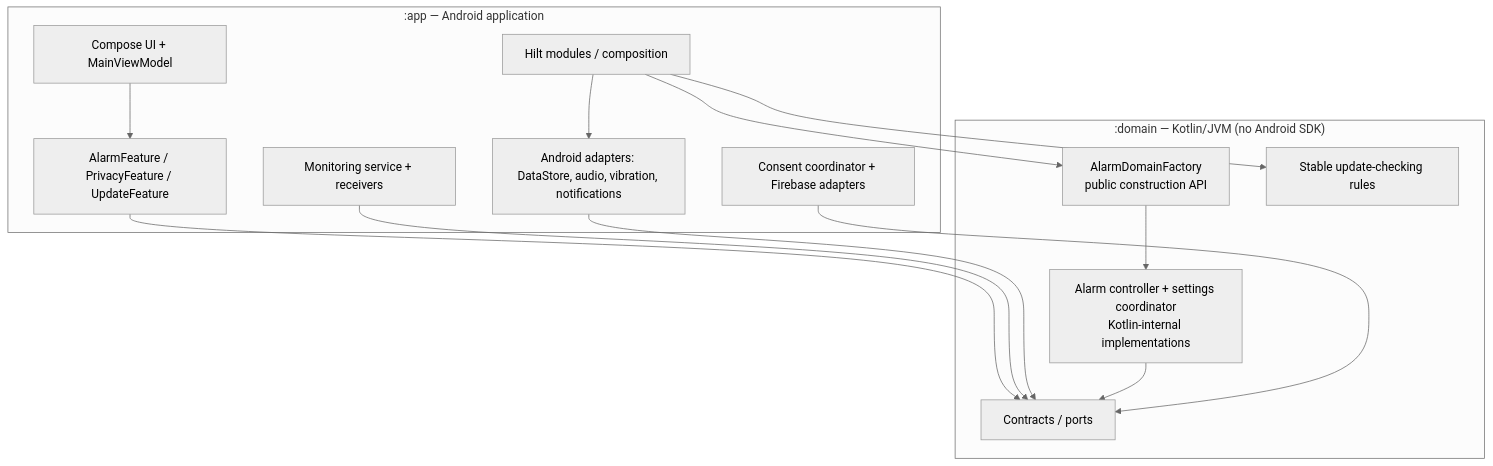
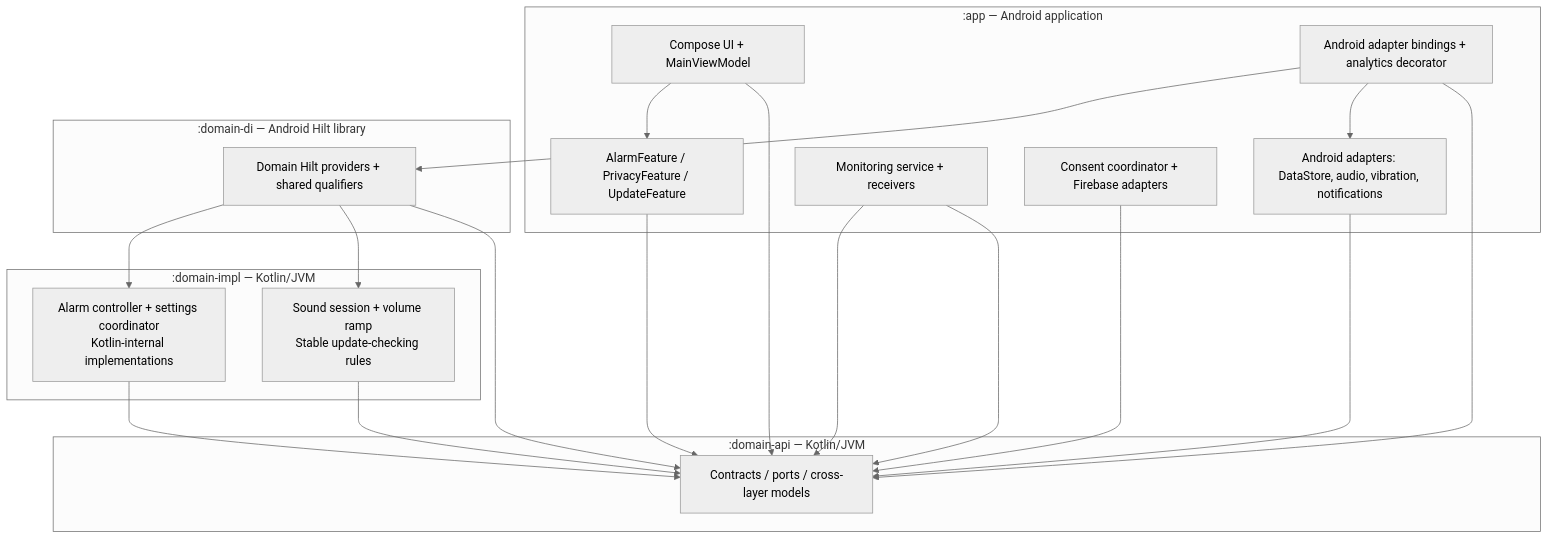
Before and after one commit to Kravet/BatteryAlarm: the diagram in README.md, drawn with Mermaid (neutral theme). The commit also changed other lines of this file and 67 other files, not shown here.

Commit message:
refactor(architecture): split domain api and hilt wiring

````diff
--- a/README.md
+++ b/README.md
@@ -28,27 +28,36 @@
 ```mermaid
 flowchart TB
     subgraph App[" :app — Android application"]
       UI["Compose UI + MainViewModel"]
       Features["AlarmFeature / PrivacyFeature / UpdateFeature"]
-      DI["Hilt modules / composition"]
+      AppDI["Android adapter bindings + analytics decorator"]
       Adapters["Android adapters: DataStore, audio, vibration, notifications"]
       Runtime["Monitoring service + receivers"]
       Privacy["Consent coordinator + Firebase adapters"]
     end
-    subgraph Domain[" :domain — Kotlin/JVM (no Android SDK)"]
-      Contracts["Contracts / ports"]
-      Factory["AlarmDomainFactory<br/>public construction API"]
+    subgraph API[" :domain-api — Kotlin/JVM"]
+      Contracts["Contracts / ports / cross-layer models"]
+    end
+    subgraph Impl[" :domain-impl — Kotlin/JVM"]
       Logic["Alarm controller + settings coordinator<br/>Kotlin-internal implementations"]
-      Update["Stable update-checking rules"]
+      Update["Sound session + volume ramp<br/>Stable update-checking rules"]
+    end
+    subgraph DomainDI[" :domain-di — Android Hilt library"]
+      DI["Domain Hilt providers + shared qualifiers"]
     end
     UI --> Features
     Features --> Contracts
     Runtime --> Contracts
-    DI --> Factory
-    Factory --> Logic
-    DI --> Adapters
+    AppDI --> DI
+    DI --> Logic
+    DI --> Update
+    AppDI --> Adapters
     Adapters --> Contracts
     Logic --> Contracts
-    DI --> Update
+    Update --> Contracts
+    UI --> Contracts
+    Runtime --> Contracts
     Privacy --> Contracts
+    AppDI --> Contracts
+    DI --> Contracts
 ```
````
